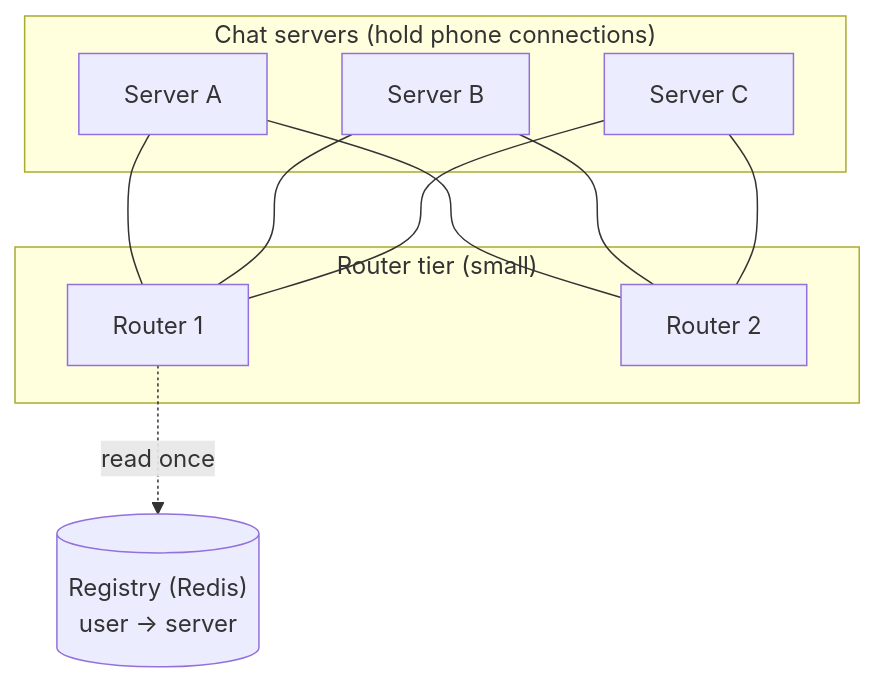
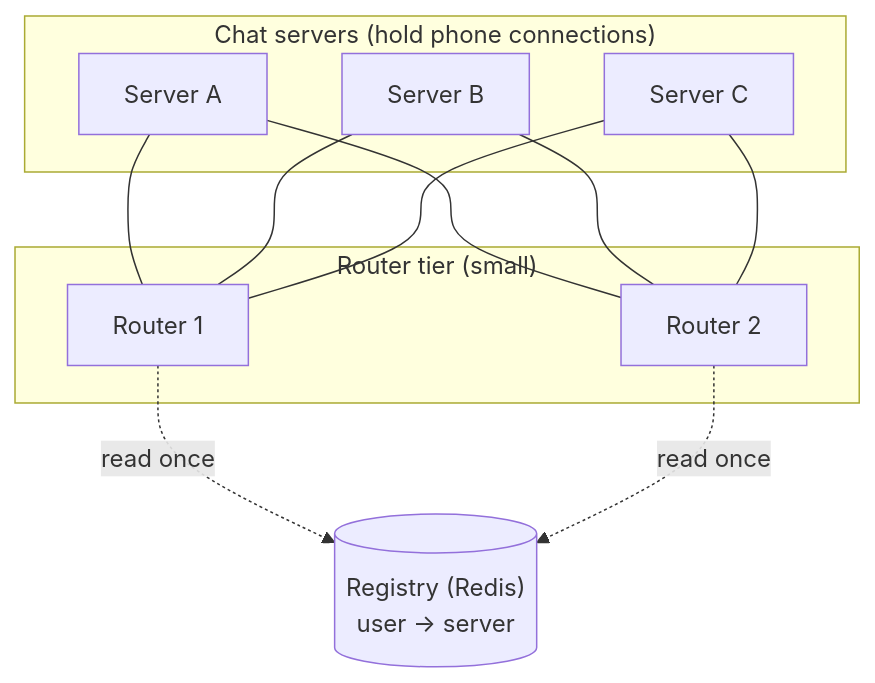
Before and after one commit to psquared-dev/java-questions: the third of 4 diagrams in system-design/new/04. whatsapp.md, drawn with Mermaid. The commit also changed other lines of this file, not shown here.

````diff
--- a/system-design/new/04. whatsapp.md
+++ b/system-design/new/04. whatsapp.md
@@ -381,20 +483,21 @@
 ```mermaid
 graph TB
     subgraph "Chat servers (hold phone connections)"
-        C1["Server A"]
-        C2["Server B"]
-        C3["Server C"]
+        A["Server A"]
+        B["Server B"]
+        C["Server C"]
     end
     subgraph "Router tier (small)"
         R1["Router 1"]
         R2["Router 2"]
     end
-    C1 --- R1
-    C1 --- R2
-    C2 --- R1
-    C2 --- R2
-    C3 --- R1
-    C3 --- R2
+    A --- R1
+    A --- R2
+    B --- R1
+    B --- R2
+    C --- R1
+    C --- R2
     Redis[("Registry (Redis)<br/>user → server")]
     R1 -. " read once " .-> Redis
+    R2 -. " read once " .-> Redis
 ```
````
